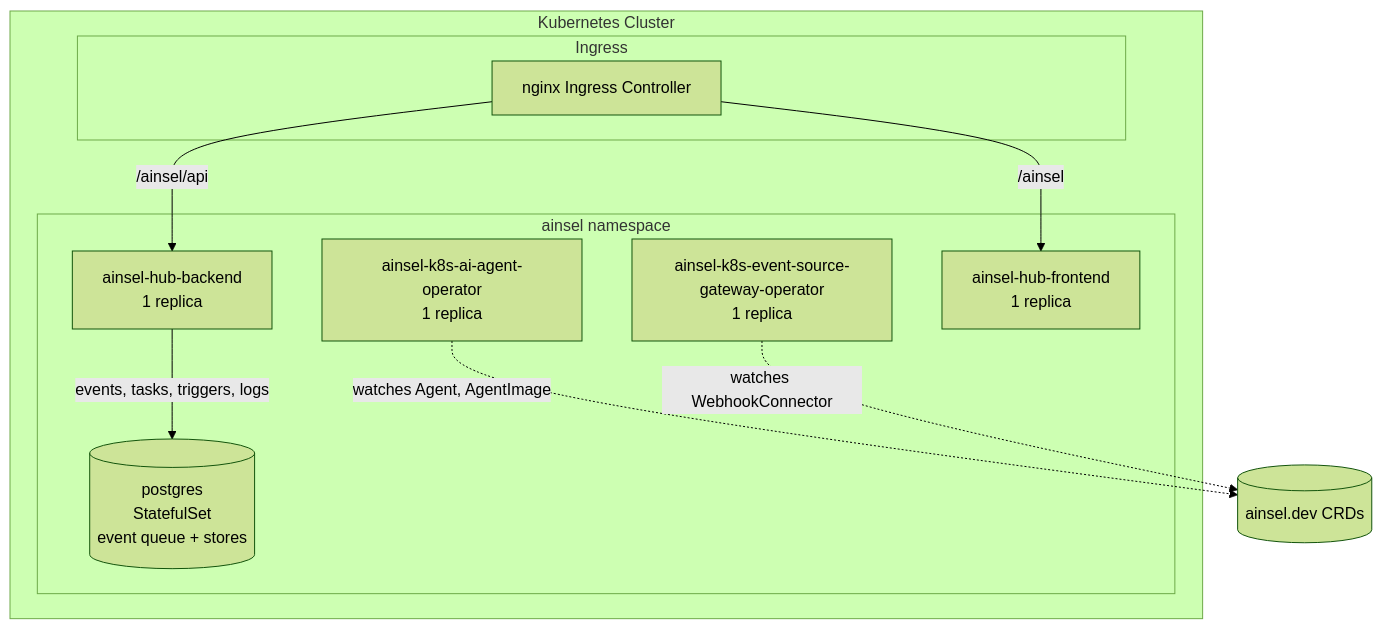
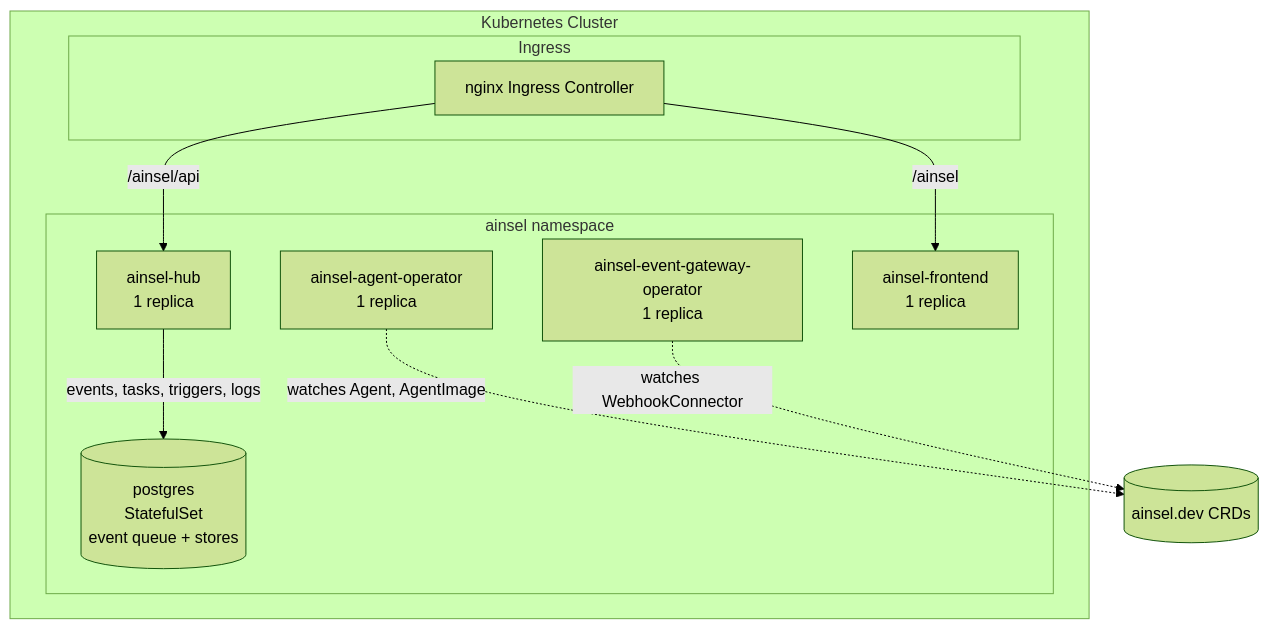
Before and after one commit to ainsel-project/ainsel: the first of 2 diagrams in chart/docs/architecture.md, drawn with Mermaid (forest theme). The commit also changed other lines of this file and 62 other files, not shown here.

First line of the commit message:
refactor(chart)!: align component names across code, templates and values

````diff
--- a/chart/docs/architecture.md
+++ b/chart/docs/architecture.md
@@ -9,22 +30,22 @@
 ```mermaid
 graph TD
     subgraph "Kubernetes Cluster"
         subgraph "ainsel namespace"
-            AO[ainsel-k8s-ai-agent-operator<br/>1 replica]
-            CO[ainsel-k8s-event-source-gateway-operator<br/>1 replica]
-            HUB[ainsel-hub-backend<br/>1 replica]
-            UI[ainsel-hub-frontend<br/>1 replica]
+            AO[ainsel-agent-operator<br/>1 replica]
+            CO[ainsel-event-gateway-operator<br/>1 replica]
+            HUB[ainsel-hub<br/>1 replica]
+            UI[ainsel-frontend<br/>1 replica]
             PG[(postgres<br/>StatefulSet<br/>event queue + stores)]
         end
 
         subgraph "Ingress"
             ING[nginx Ingress Controller]
         end
     end
 
     ING -->|/ainsel/api| HUB
     ING -->|/ainsel| UI
     HUB -->|events, tasks, triggers, logs| PG
     AO -.->|watches Agent, AgentImage| CRDs[(ainsel.dev CRDs)]
     CO -.->|watches WebhookConnector| CRDs
 ```
````
